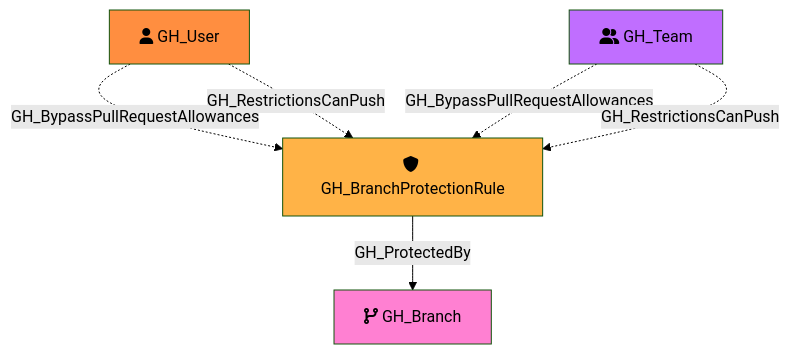
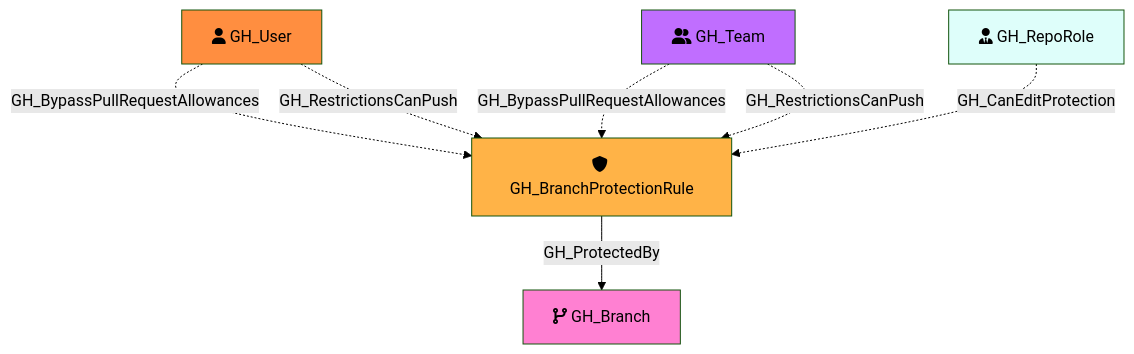
Before and after one commit to SpecterOps/GitHound: the diagram in Documentation/Nodes/GH_BranchProtectionRule.md, drawn with Mermaid (forest theme). The commit also changed other lines of this file and 20 other files, not shown here.

Commit message:
Added Branch Protection Rule Computed Edges

````diff
--- a/Documentation/Nodes/GH_BranchProtectionRule.md
+++ b/Documentation/Nodes/GH_BranchProtectionRule.md
@@ -47,18 +49,21 @@
 ```mermaid
 flowchart TD
     GH_BranchProtectionRule[fa:fa-shield GH_BranchProtectionRule]
     GH_Branch[fa:fa-code-branch GH_Branch]
     GH_User[fa:fa-user GH_User]
     GH_Team[fa:fa-user-group GH_Team]
+    GH_RepoRole[fa:fa-user-tie GH_RepoRole]
 
     style GH_BranchProtectionRule fill:#FFB347
     style GH_Branch fill:#FF80D2
     style GH_User fill:#FF8E40
     style GH_Team fill:#C06EFF
+    style GH_RepoRole fill:#DEFEFA
 
     GH_User -.->|GH_BypassPullRequestAllowances| GH_BranchProtectionRule
     GH_Team -.->|GH_BypassPullRequestAllowances| GH_BranchProtectionRule
     GH_User -.->|GH_RestrictionsCanPush| GH_BranchProtectionRule
     GH_Team -.->|GH_RestrictionsCanPush| GH_BranchProtectionRule
+    GH_RepoRole -.->|GH_CanEditProtection| GH_BranchProtectionRule
     GH_BranchProtectionRule -->|GH_ProtectedBy| GH_Branch
 ```
````
